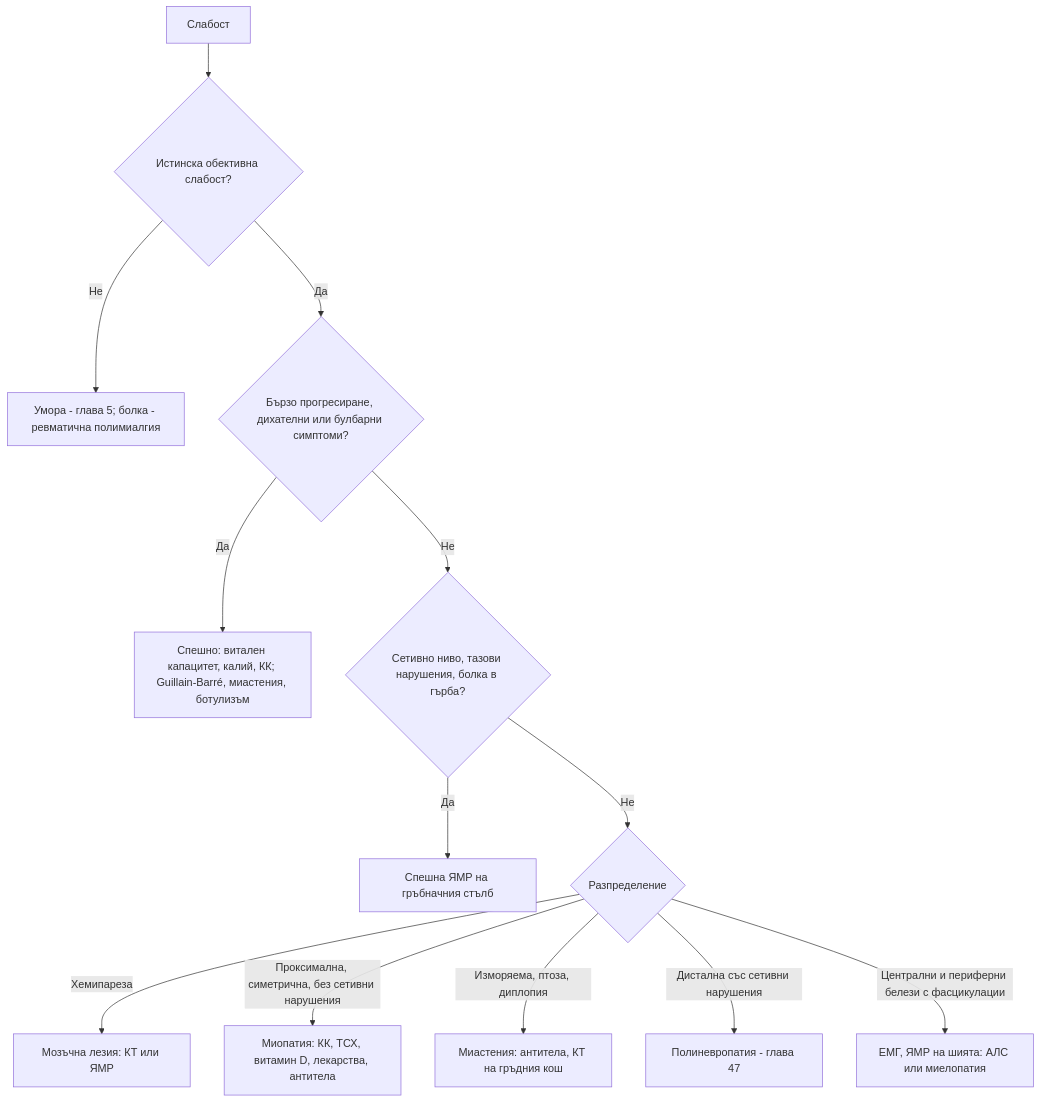
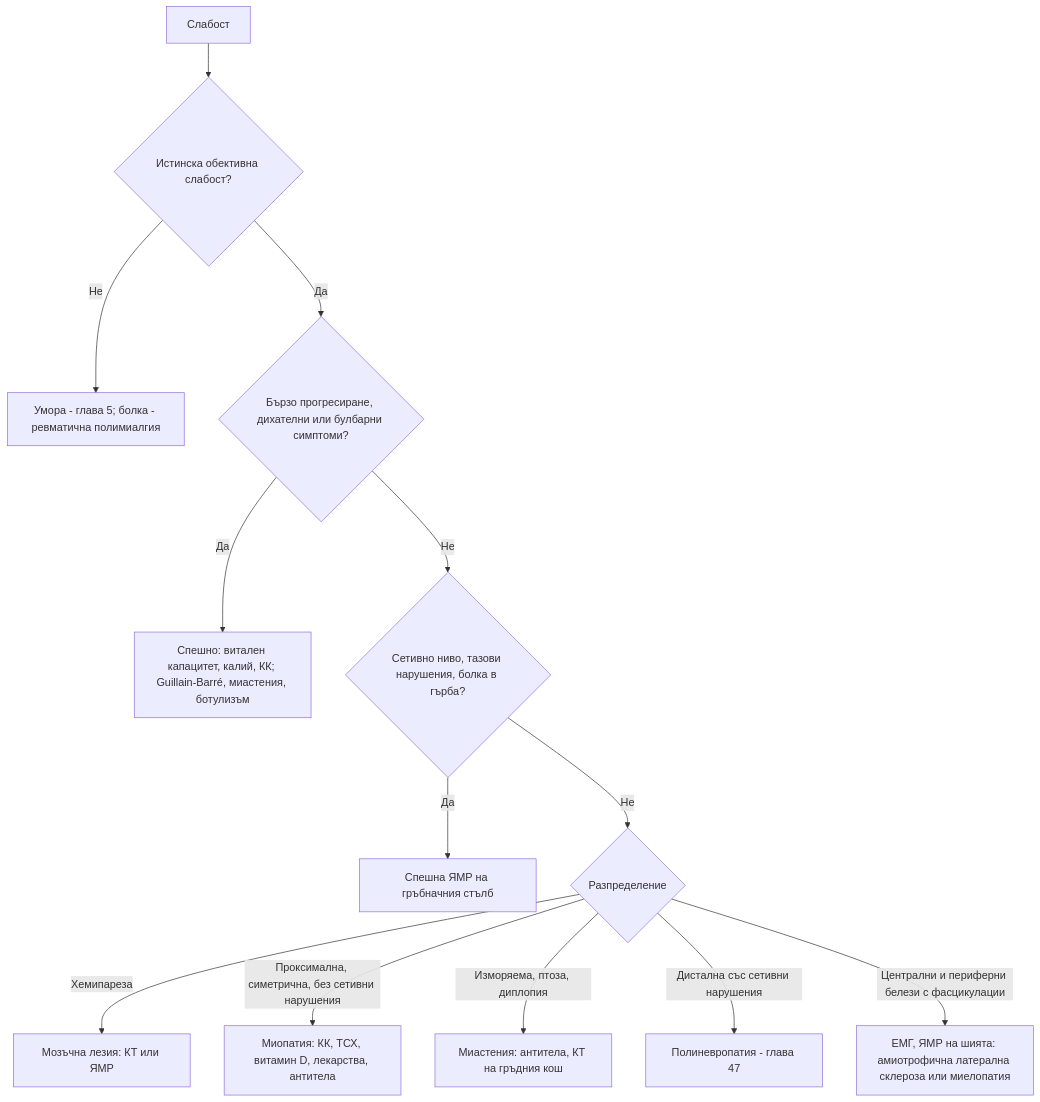
Before and after one commit to yancho26/yancho: the diagram in glavi/46-muskulna-slabost.md, drawn with Mermaid. The commit also changed other lines of this file and 46 other files, not shown here.

````diff
--- a/glavi/46-muskulna-slabost.md
+++ b/glavi/46-muskulna-slabost.md
@@ -153,15 +153,15 @@
 ```mermaid
 flowchart TD
     A["Слабост"] --> B{"Истинска обективна слабост?"}
     B -->|Не| C["Умора - глава 5; болка - ревматична полимиалгия"]
     B -->|Да| D{"Бързо прогресиране, дихателни или булбарни симптоми?"}
     D -->|Да| E["Спешно: витален капацитет, калий, КК; Guillain-Barré, миастения, ботулизъм"]
     D -->|Не| F{"Сетивно ниво, тазови нарушения, болка в гърба?"}
     F -->|Да| G["Спешна ЯМР на гръбначния стълб"]
     F -->|Не| H{"Разпределение"}
     H -->|Хемипареза| I["Мозъчна лезия: КТ или ЯМР"]
     H -->|Проксимална, симетрична, без сетивни нарушения| J["Миопатия: КК, ТСХ, витамин D, лекарства, антитела"]
     H -->|Изморяема, птоза, диплопия| K["Миастения: антитела, КТ на гръдния кош"]
     H -->|Дистална със сетивни нарушения| L["Полиневропатия - глава 47"]
-    H -->|Централни и периферни белези с фасцикулации| M["ЕМГ, ЯМР на шията: АЛС или миелопатия"]
+    H -->|Централни и периферни белези с фасцикулации| M["ЕМГ, ЯМР на шията: амиотрофична латерална склероза или миелопатия"]
 ```
````
